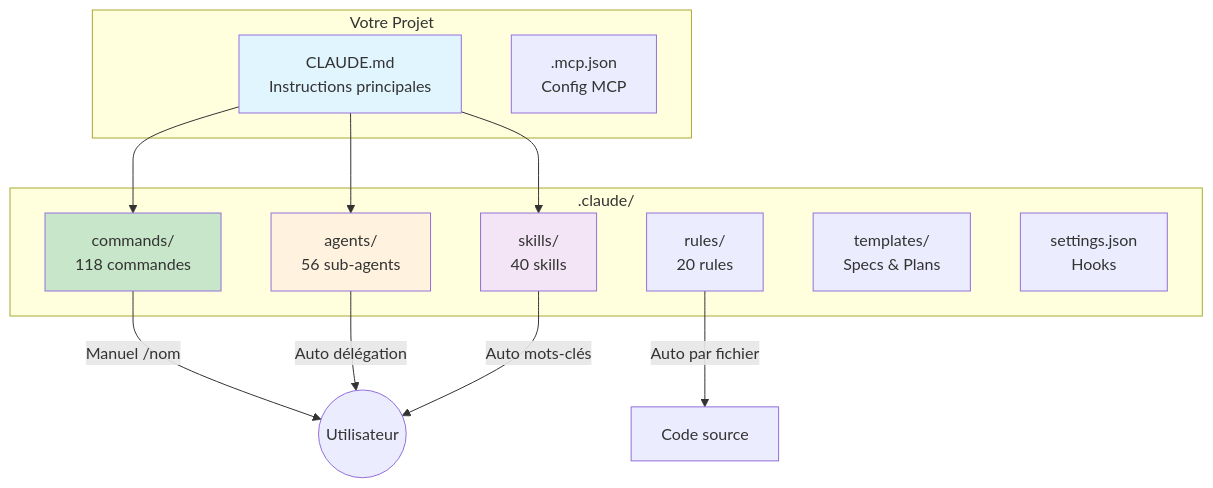
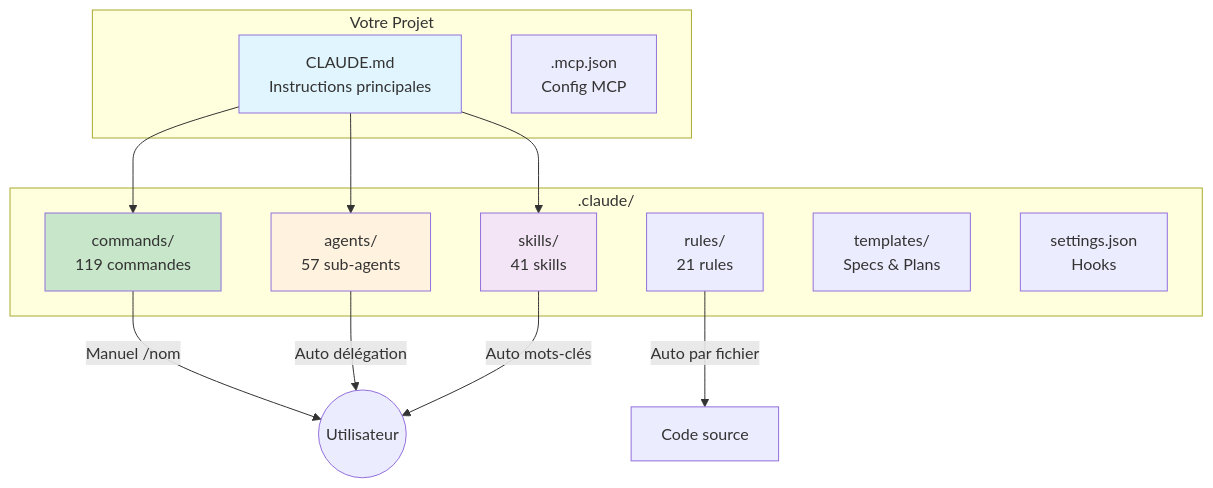
The first of 2 diagrams in website/docs/intro/architecture.md (christopherlouet/claude-base), drawn with Mermaid before and after one commit. The commit also changed other lines of this file and 24 other files, not shown here.

````diff
--- a/website/docs/intro/architecture.md
+++ b/website/docs/intro/architecture.md
@@ -15,30 +15,30 @@
 ```mermaid
 graph TB
     subgraph "Votre Projet"
         CLAUDE[CLAUDE.md<br/>Instructions principales]
         MCP[.mcp.json<br/>Config MCP]
     end
 
     subgraph ".claude/"
-        CMDS[commands/<br/>118 commandes]
-        AGENTS[agents/<br/>56 sub-agents]
-        SKILLS[skills/<br/>40 skills]
-        RULES[rules/<br/>20 rules]
+        CMDS[commands/<br/>119 commandes]
+        AGENTS[agents/<br/>57 sub-agents]
+        SKILLS[skills/<br/>41 skills]
+        RULES[rules/<br/>21 rules]
         TPL[templates/<br/>Specs & Plans]
         SETTINGS[settings.json<br/>Hooks]
     end
 
     CLAUDE --> CMDS
     CLAUDE --> AGENTS
     CLAUDE --> SKILLS
 
     CMDS --> |"Manuel /nom"| USER((Utilisateur))
     AGENTS --> |"Auto délégation"| USER
     SKILLS --> |"Auto mots-clés"| USER
     RULES --> |"Auto par fichier"| CODE[Code source]
 
     style CLAUDE fill:#e1f5fe
     style CMDS fill:#c8e6c9
     style AGENTS fill:#fff3e0
     style SKILLS fill:#f3e5f5
 ```
````
